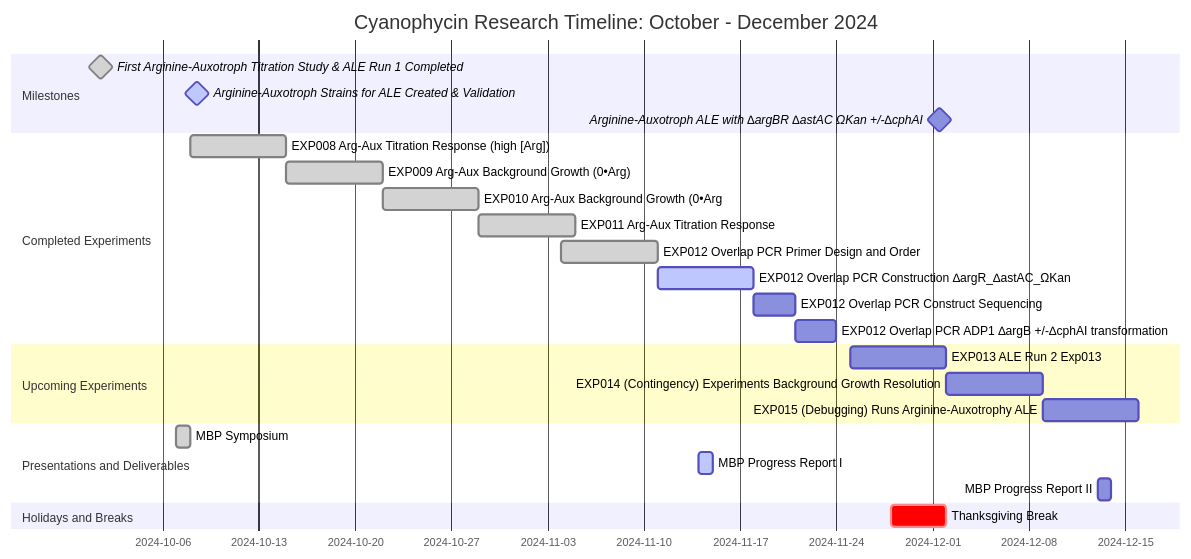
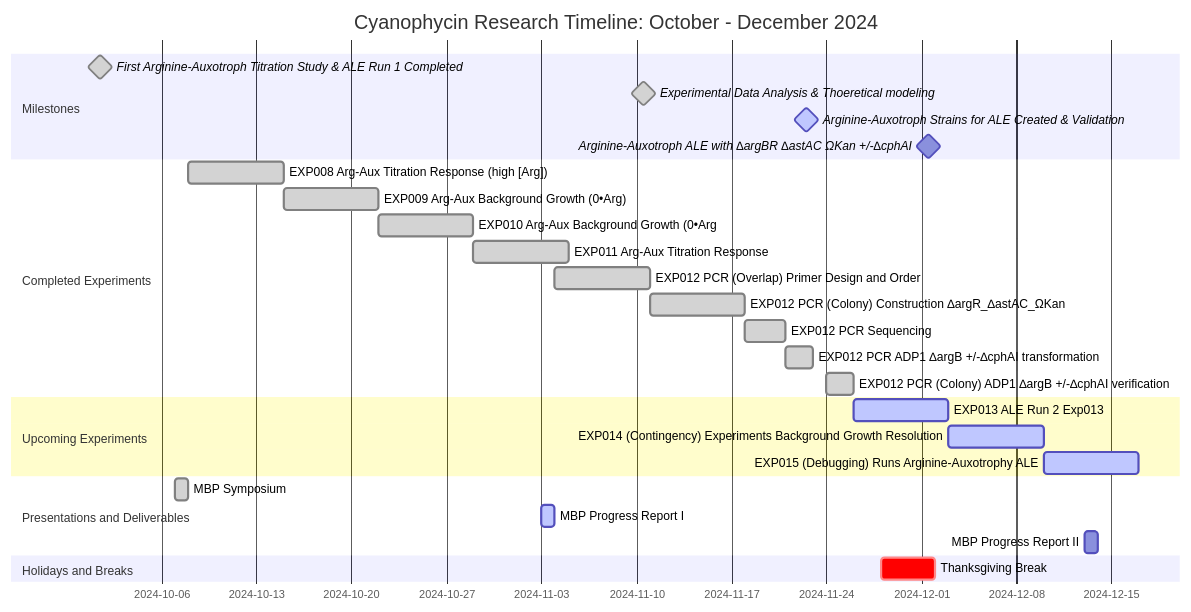
One commit to p7k/nu_tyo_lab_analysis changed the diagram in diagrams/project/cgp_second_quarter.mmd. Above: the diagram before and after it, drawn with Mermaid. The commit also changed 25 other files, not shown here.

Commit message:
after midterm report

```diff
--- a/diagrams/project/cgp_second_quarter.mmd
+++ b/diagrams/project/cgp_second_quarter.mmd
@@ -1,31 +1,33 @@
 gantt
     title Cyanophycin Research Timeline: October - December 2024
     dateFormat MM-DD
 
     section Milestones
-        First Arginine-Auxotroph Titration Study & ALE Run 1 Completed  :done, milestone, ale1, 2024-10-01, 1d
-        Arginine-Auxotroph Strains for ALE Created & Validation         :active, milestone, augAuxStrains, 2024-10-08, 1d
-        Arginine-Auxotroph ALE with ∆argBR ∆astAC ΩKan +/-∆cphAI        :milestone, ALE, 2024-12-01, 1d
+        First Arginine-Auxotroph Titration Study & ALE Run 1 Completed: done, milestone, ale1, 2024-10-01, 1d
+        Experimental Data Analysis & Thoeretical modeling: done, milestone, augAuxStrains, 2024-11-10, 1d
+        Arginine-Auxotroph Strains for ALE Created & Validation: active, milestone, augAuxStrains, 2024-11-22, 1d
+        Arginine-Auxotroph ALE with ∆argBR ∆astAC ΩKan +/-∆cphAI: milestone, ALE, 2024-12-01, 1d
 
     section Completed Experiments
-        EXP008 Arg-Aux Titration Response (high [Arg])              :done, exp008, 2024-10-08, 1w
-        EXP009 Arg-Aux Background Growth (0•Arg)                    :done, exp009, 2024-10-15, 1w
-        EXP010 Arg-Aux Background Growth (0•Arg                     :done, exp010, 2024-10-22, 1w
-        EXP011 Arg-Aux Titration Response                           :done, exp011, 2024-10-29, 1w
-        EXP012 Overlap PCR Primer Design and Order                  :done, design, 2024-11-04, 1w
-        EXP012 Overlap PCR Construction ∆argR_∆astAC_ΩKan           :active, exp012, 2024-11-11, 1w
-        EXP012 Overlap PCR Construct Sequencing                     :exp012, 2024-11-18, 3d
-        EXP012 Overlap PCR ADP1 ∆argB +/-∆cphAI transformation      :exp012, 2024-11-21, 3d
+        EXP008 Arg-Aux Titration Response (high [Arg]): done, exp008, 2024-10-08, 1w
+        EXP009 Arg-Aux Background Growth (0•Arg): done, exp009, 2024-10-15, 1w
+        EXP010 Arg-Aux Background Growth (0•Arg: done, exp010, 2024-10-22, 1w
+        EXP011 Arg-Aux Titration Response: done, exp011, 2024-10-29, 1w
+        EXP012 PCR (Overlap) Primer Design and Order: done, design, 2024-11-04, 1w
+        EXP012 PCR (Colony) Construction ∆argR_∆astAC_ΩKan: done, exp012, 2024-11-11, 1w
+        EXP012 PCR Sequencing: done, exp012, 2024-11-18, 3d
+        EXP012 PCR ADP1 ∆argB +/-∆cphAI transformation: done, exp012, 2024-11-21, 2d
+        EXP012 PCR (Colony) ADP1 ∆argB +/-∆cphAI verification: done, exp012, 2024-11-24, 2d
 
     section Upcoming Experiments
-        EXP013 ALE Run 2 Exp013                                           :exp013, 2024-11-25, 1w
-        EXP014 (Contingency) Experiments Background Growth Resolution     :exp014, after exp013, 1w
-        EXP015 (Debugging) Runs Arginine-Auxotrophy ALE                   :exp015, after exp014, 1w
+        EXP013 ALE Run 2 Exp013: active, exp013, 2024-11-26, 1w
+        EXP014 (Contingency) Experiments Background Growth Resolution: active, exp014, after exp013, 1w
+        EXP015 (Debugging) Runs Arginine-Auxotrophy ALE: active, exp015, after exp014, 1w
 
     section Presentations and Deliverables
-        MBP Symposium                                              :done, symp, 2024-10-07, 1d
-        MBP Progress Report I                                      :active, report1, 2024-11-14, 1d
-        MBP Progress Report II                                     :2024-12-13, 1d
+        MBP Symposium: done, symp, 2024-10-07, 1d
+        MBP Progress Report I: active, report1, 2024-11-03, 1d
+        MBP Progress Report II: 2024-12-13, 1d
 
     section Holidays and Breaks
-        Thanksgiving Break                                         :crit, 2024-11-28, 4d
+        Thanksgiving Break: crit, 2024-11-28, 4d
```
